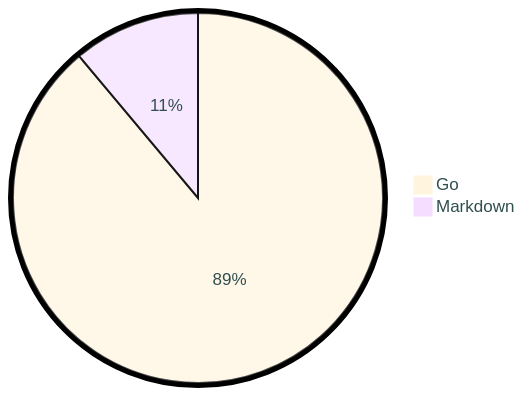
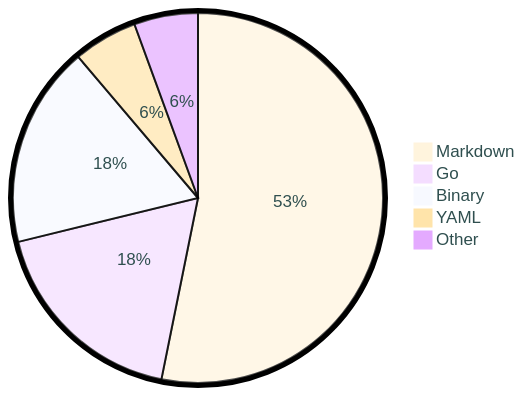
Before and after one commit to tot0p/tot0p: the diagram in README.md, drawn with Mermaid. The commit also changed other lines of this file, not shown here.

````diff
--- a/README.md
+++ b/README.md
@@ -67,6 +78,9 @@
 ```mermaid
 %%{init: {"pie": {"textPosition": 0.5}, "themeVariables": {"pieOuterStrokeWidth": "5px","primaryTextColor" : "#2F4F4F"},"theme":"base"} }%%
 pie
-	"Go": 88.9
-	"Markdown": 11.1
+	"Markdown": 53.17
+	"Go": 18.02
+	"Binary": 17.61
+	"YAML": 5.62
+	"Other": 5.58
 ```
````
